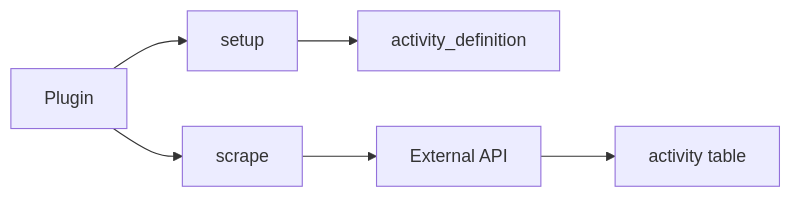
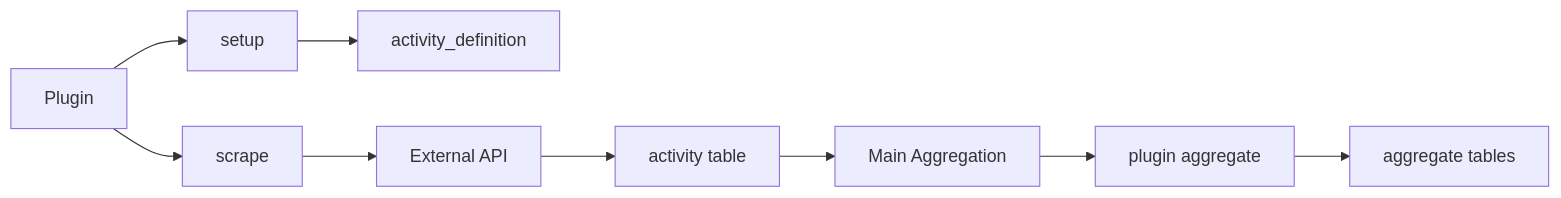
The second of 4 diagrams in docs/data-management.mdx (ohcnetwork/leaderboard), drawn with Mermaid before and after one commit. The commit also changed other lines of this file and 38 other files, not shown here.

Commit message:
Support aggregates in plugin manifest; Improve how runner runs phases of plugin (#741)

````diff
--- a/docs/data-management.mdx
+++ b/docs/data-management.mdx
@@ -213,8 +213,11 @@
 ```mermaid
 graph LR
     Plugin[Plugin] --> Setup[setup]
     Setup --> AD[activity_definition]
     Plugin --> Scrape[scrape]
     Scrape --> API[External API]
     API --> Activity[activity table]
+    Activity --> MainAgg[Main Aggregation]
+    MainAgg --> PluginAgg[plugin aggregate]
+    PluginAgg --> Aggregates[aggregate tables]
 ```
````
